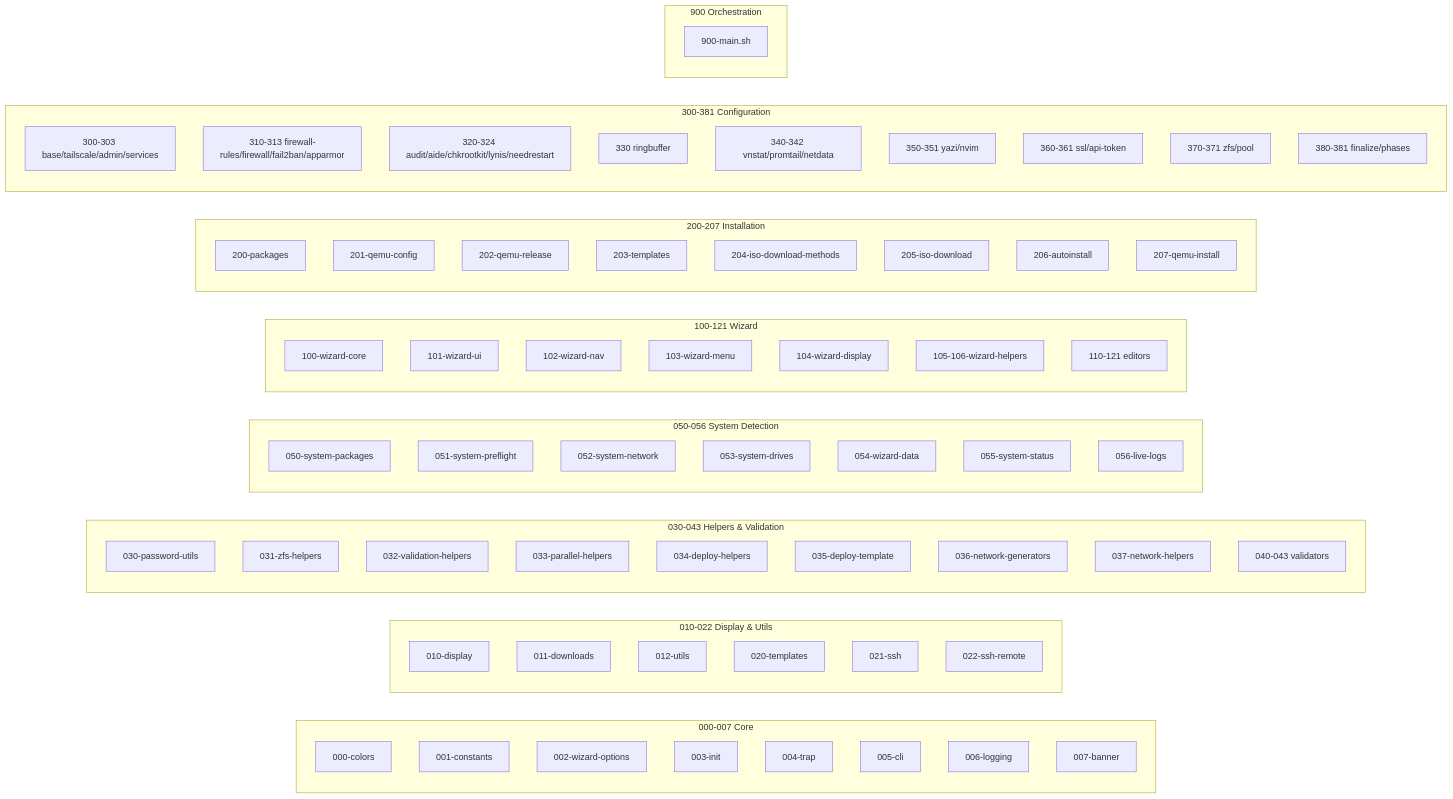
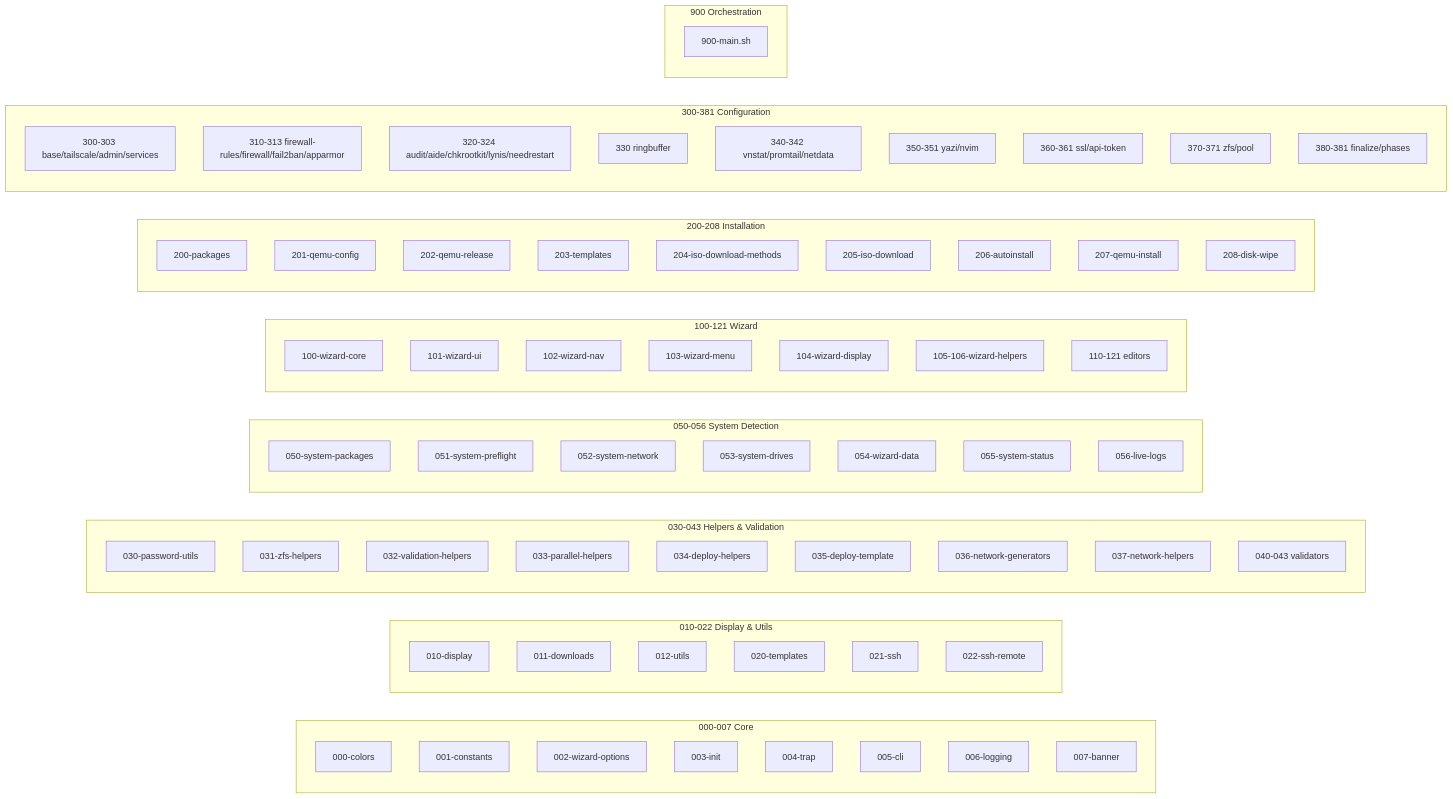
The third of 3 diagrams in wiki/Architecture.md (qoxi-cloud/proxmox-hetzner), drawn with Mermaid before and after one commit. The commit also changed other lines of this file and 7 other files, not shown here.

First line of the commit message:
✨ feat: add disk wipe option before installation

````diff
--- a/wiki/Architecture.md
+++ b/wiki/Architecture.md
@@ -239,81 +239,82 @@
 ```mermaid
 graph LR
     subgraph "000-007 Core"
         A[000-colors]
         B[001-constants]
         C[002-wizard-options]
         D[003-init]
         D2[004-trap]
         E[005-cli]
         F[006-logging]
         G[007-banner]
     end
 
     subgraph "010-022 Display & Utils"
         H[010-display]
         I[011-downloads]
         J[012-utils]
         K[020-templates]
         L[021-ssh]
         L2[022-ssh-remote]
     end
 
     subgraph "030-043 Helpers & Validation"
         M[030-password-utils]
         N[031-zfs-helpers]
         O[032-validation-helpers]
         P[033-parallel-helpers]
         Q[034-deploy-helpers]
         Q2[035-deploy-template]
         R[036-network-generators]
         R2[037-network-helpers]
         S[040-043 validators]
     end
 
     subgraph "050-056 System Detection"
         T[050-system-packages]
         U[051-system-preflight]
         V[052-system-network]
         W[053-system-drives]
         X[054-wizard-data]
         Y[055-system-status]
         Z[056-live-logs]
     end
 
     subgraph "100-121 Wizard"
         AA[100-wizard-core]
         AB[101-wizard-ui]
         AC[102-wizard-nav]
         AD[103-wizard-menu]
         AD2[104-wizard-display]
         AD3[105-106-wizard-helpers]
         AE[110-121 editors]
     end
 
-    subgraph "200-207 Installation"
+    subgraph "200-208 Installation"
         AF[200-packages]
         AG[201-qemu-config]
         AG2[202-qemu-release]
         AH[203-templates]
         AI[204-iso-download-methods]
         AI2[205-iso-download]
         AJ[206-autoinstall]
         AJ2[207-qemu-install]
+        AJ3[208-disk-wipe]
     end
 
     subgraph "300-381 Configuration"
         AK[300-303 base/tailscale/admin/services]
         AL[310-313 firewall-rules/firewall/fail2ban/apparmor]
         AM[320-324 audit/aide/chkrootkit/lynis/needrestart]
         AN[330 ringbuffer]
         AO[340-342 vnstat/promtail/netdata]
         AP[350-351 yazi/nvim]
         AQ[360-361 ssl/api-token]
         AR[370-371 zfs/pool]
         AS[380-381 finalize/phases]
     end
 
     subgraph "900 Orchestration"
         AT[900-main.sh]
     end
 ```
````
